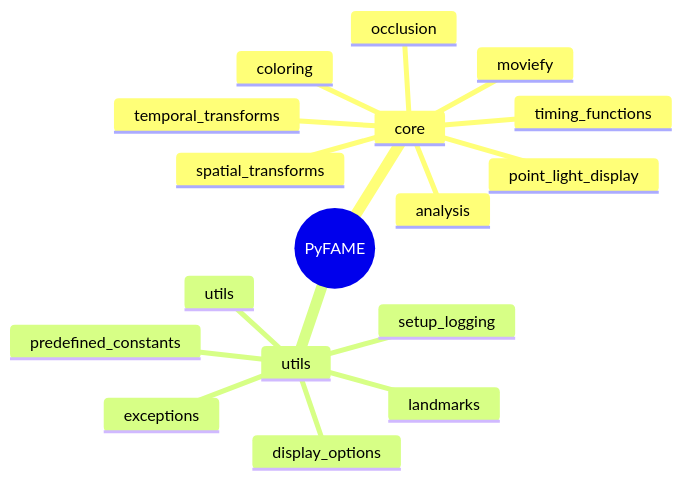
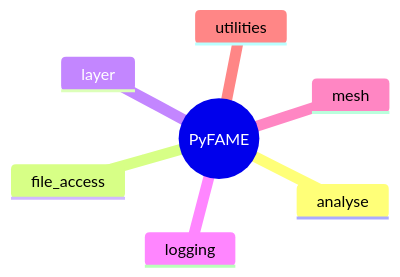
Before and after one commit to Gavin-Bosman/PyFAME: the diagram in docs/src/reference/overview.md, drawn with Mermaid. The commit also changed other lines of this file and 16 other files, not shown here.

````diff
--- a/docs/src/reference/overview.md
+++ b/docs/src/reference/overview.md
@@ -16,21 +16,10 @@
 ```mermaid
 mindmap
   root((PyFAME))
-    core
-        analysis
-        coloring
-        moviefy
-        occlusion
-        point_light_display
-        spatial_transforms
-        temporal_transforms
-        timing_functions
-    utils
-        exceptions
-        display_options
-        landmarks
-        predefined_constants
-        setup_logging
-        utils
-    
+    analyse
+    file_access
+    layer
+    logging
+    mesh
+    utilities
 ```
````
